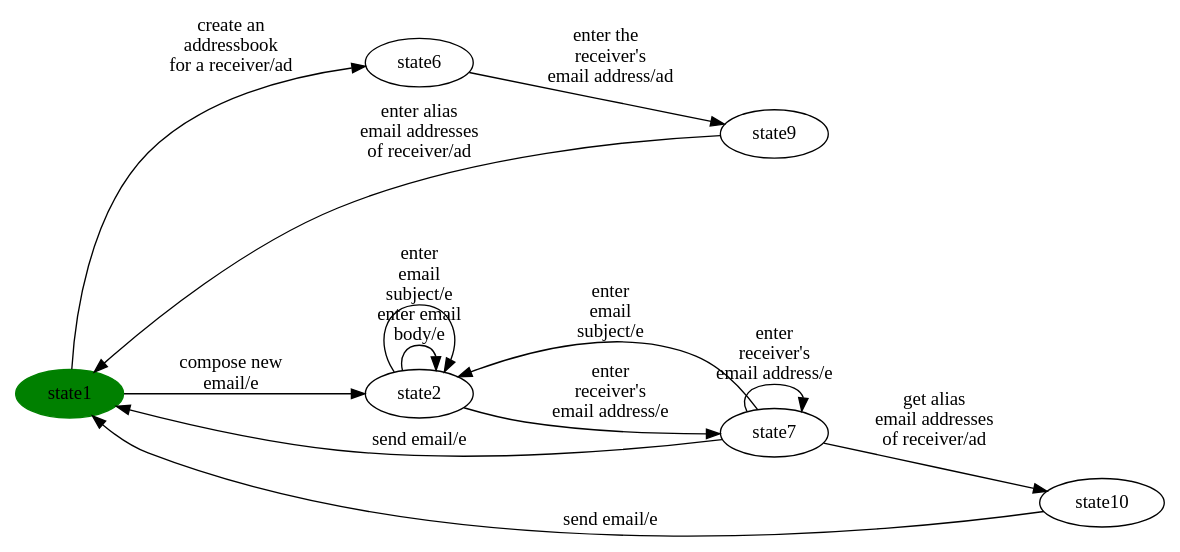
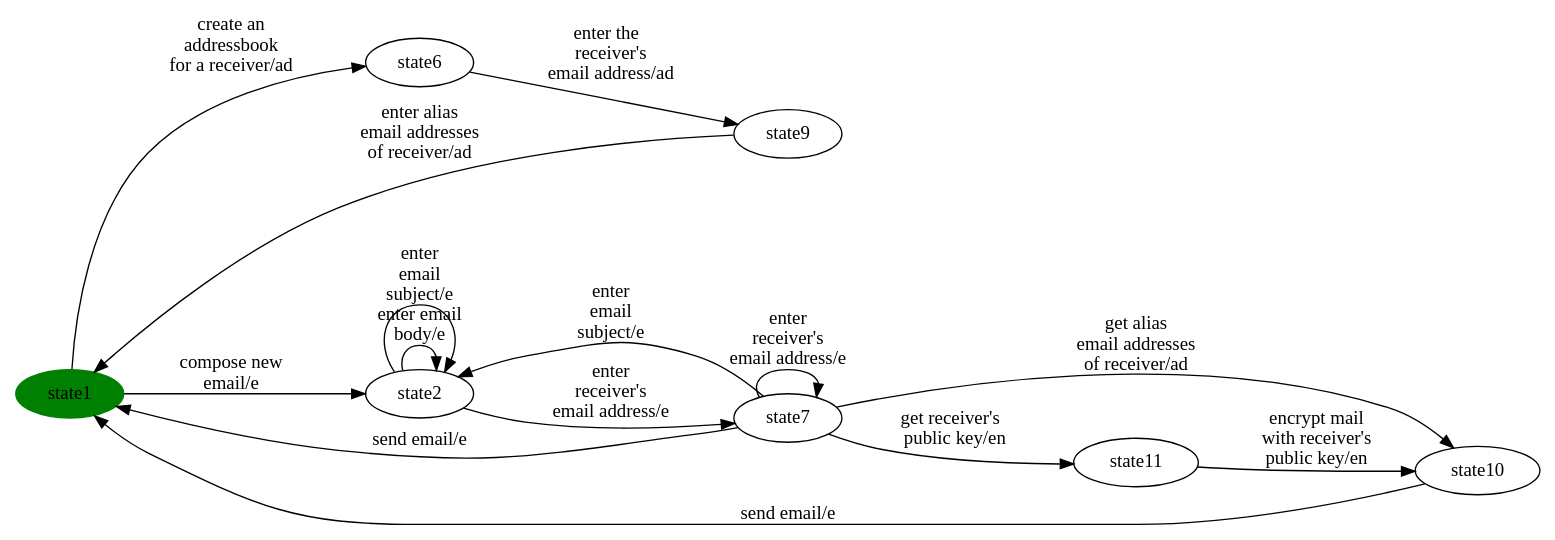
One commit to dilekozturk93/vibes changed the diagram in automode-reports/per-product/eMail/eMail-product14.dot. Above: the diagram before and after it, drawn with Graphviz. The commit also changed 43 other files, not shown here.

```diff
--- a/automode-reports/per-product/eMail/eMail-product14.dot
+++ b/automode-reports/per-product/eMail/eMail-product14.dot
@@ -1,39 +1,45 @@
 digraph G {
 rankdir=LR;
 state0[ label = "state1", style=filled, color=green ];
 state1 [ label = "state9" ];
 state1 -> state0 [ label=" enter alias 
 email addresses 
 of receiver/ad " ];
 state2 [ label = "state6" ];
 state2 -> state1 [ label=" enter the  
 receiver's 
 email address/ad " ];
-state3 [ label = "state10" ];
-state3 -> state0 [ label=" send email/e " ];
-state4 [ label = "state7" ];
+state3 [ label = "state11" ];
+state3 -> state4 [ label=" encrypt mail 
+with receiver's 
+public key/en " ];
+state4 [ label = "state10" ];
 state4 -> state0 [ label=" send email/e " ];
-state4 -> state5 [ label=" enter
+state5 [ label = "state7" ];
+state5 -> state0 [ label=" send email/e " ];
+state5 -> state3 [ label=" get receiver's  
+public key/en " ];
+state5 -> state6 [ label=" enter
  email 
 subject/e " ];
-state4 -> state4 [ label=" enter 
+state5 -> state5 [ label=" enter 
 receiver's 
 email address/e " ];
-state4 -> state3 [ label=" get alias 
+state5 -> state4 [ label=" get alias 
 email addresses 
 of receiver/ad " ];
-state5 [ label = "state2" ];
-state5 -> state4 [ label=" enter 
+state6 [ label = "state2" ];
+state6 -> state5 [ label=" enter 
 receiver's 
 email address/e " ];
-state5 -> state5 [ label=" enter email 
+state6 -> state6 [ label=" enter email 
 body/e " ];
-state5 -> state5 [ label=" enter
+state6 -> state6 [ label=" enter
  email 
 subject/e " ];
 state0 -> state2 [ label=" create an 
 addressbook 
 for a receiver/ad " ];
-state0 -> state5 [ label=" compose new 
+state0 -> state6 [ label=" compose new 
 email/e " ];
 }
```
